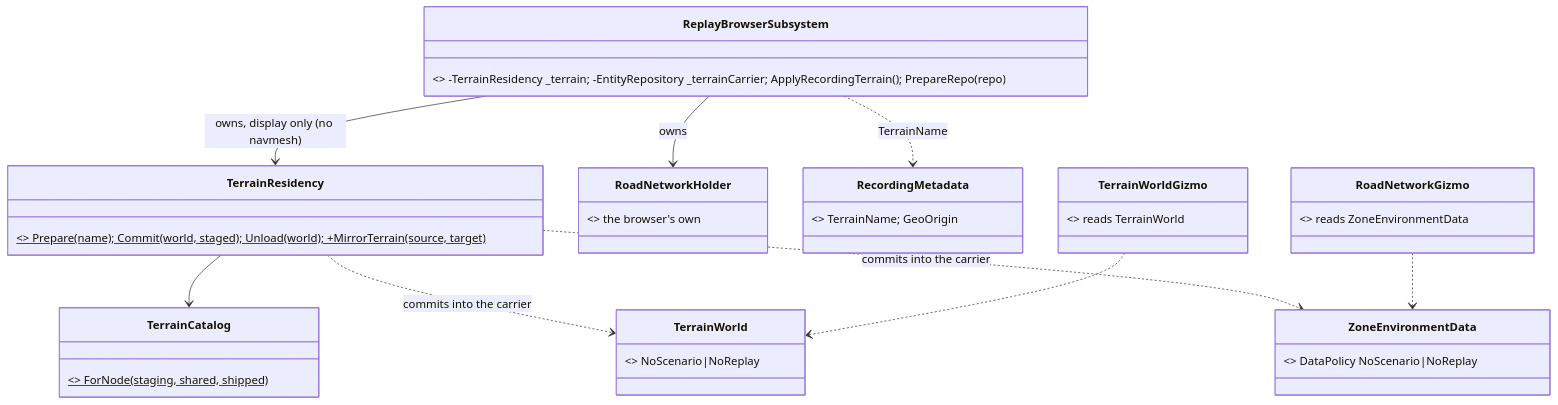
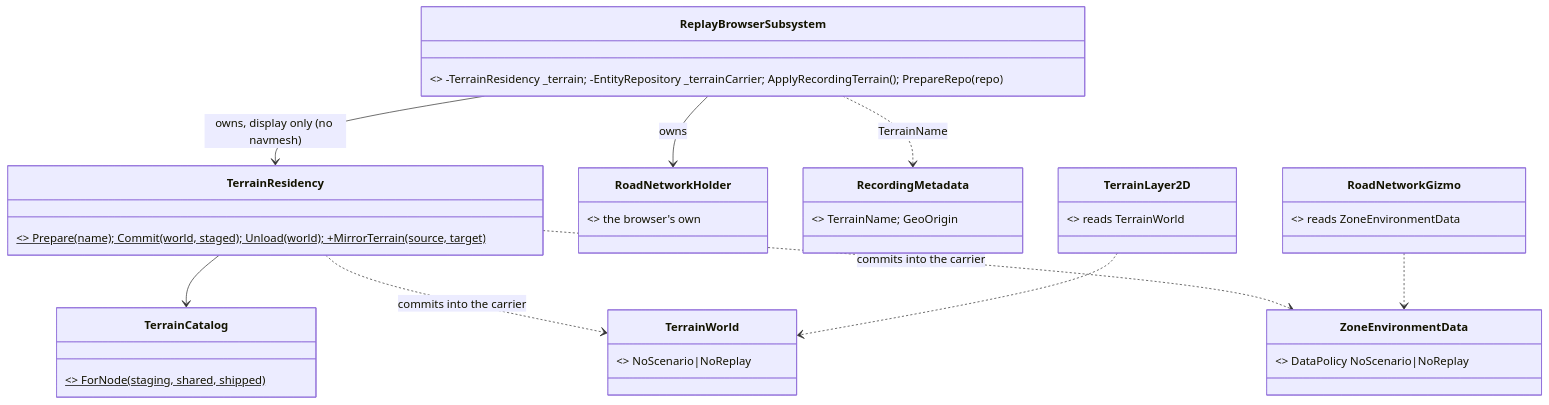
Before and after one commit to pjanec/HROT: the fourth of 6 diagrams in docs/DESIGN_Geo_Origin.md, drawn with Mermaid. The commit also changed other lines of this file and 22 other files, not shown here.

First line of the commit message:
feat(CE-1227): the 2-D terrain is a retained layer, not gizmos (R-1013)

````diff
--- a/docs/DESIGN_Geo_Origin.md
+++ b/docs/DESIGN_Geo_Origin.md
@@ -181,20 +181,20 @@
 ```mermaid
 classDiagram
   class ReplayBrowserSubsystem { <<existing, grows>> -TerrainResidency _terrain; -EntityRepository _terrainCarrier; ApplyRecordingTerrain(); PrepareRepo(repo) }
   class TerrainResidency { <<existing, grows>> Prepare(name); Commit(world, staged); Unload(world); +MirrorTerrain(source, target)$ }
   class TerrainCatalog { <<existing>> ForNode(staging, shared, shipped)$ }
   class RoadNetworkHolder { <<existing>> the browser's own }
   class RecordingMetadata { <<existing>> TerrainName; GeoOrigin }
   class ZoneEnvironmentData { <<existing, changes>> DataPolicy NoScenario|NoReplay }
   class TerrainWorld { <<existing>> NoScenario|NoReplay }
-  class TerrainWorldGizmo { <<existing>> reads TerrainWorld }
+  class TerrainLayer2D { <<existing>> reads TerrainWorld }
   class RoadNetworkGizmo { <<existing>> reads ZoneEnvironmentData }
   ReplayBrowserSubsystem --> TerrainResidency : owns, display only (no navmesh)
   ReplayBrowserSubsystem --> RoadNetworkHolder : owns
   TerrainResidency --> TerrainCatalog
   ReplayBrowserSubsystem ..> RecordingMetadata : TerrainName
   TerrainResidency ..> TerrainWorld : commits into the carrier
   TerrainResidency ..> ZoneEnvironmentData : commits into the carrier
-  TerrainWorldGizmo ..> TerrainWorld
+  TerrainLayer2D ..> TerrainWorld
   RoadNetworkGizmo ..> ZoneEnvironmentData
 ```
````
